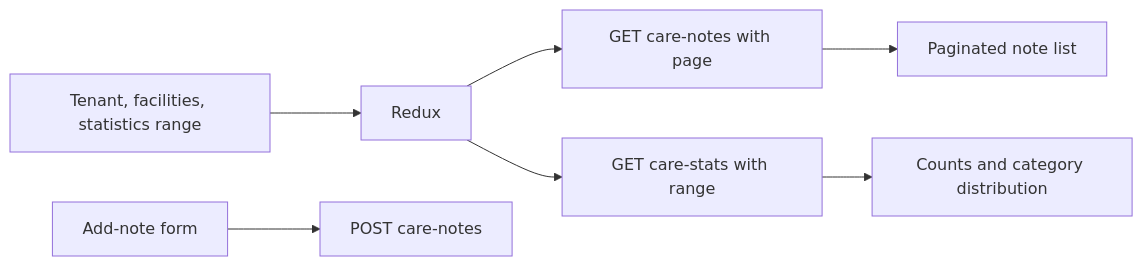
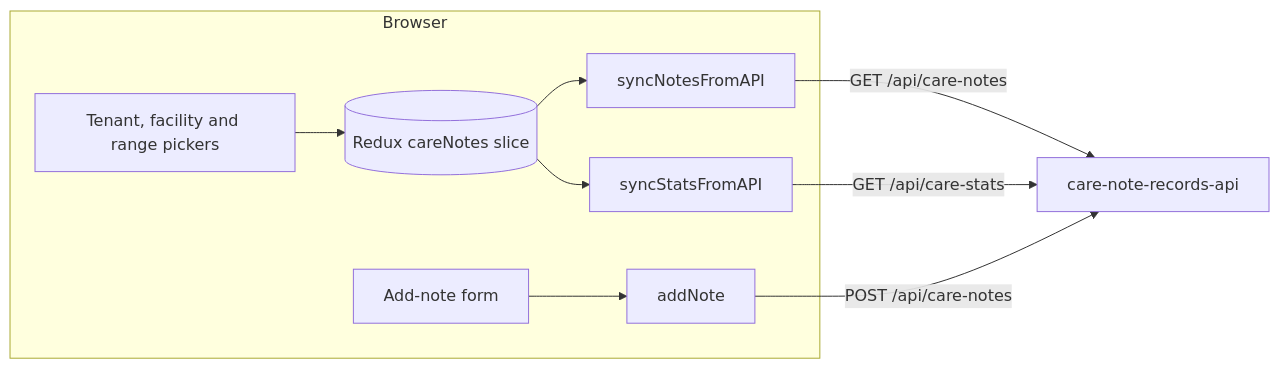
Before and after one commit to alirazawatoo/patient-care-notes-portal: the diagram in README.md, drawn with Mermaid. The commit also changed other lines of this file and 8 other files, not shown here.

````diff
--- a/README.md
+++ b/README.md
@@ -30,9 +62,12 @@
 ```mermaid
 flowchart LR
-  Filters[Tenant, facilities, statistics range] --> Redux
-  Redux --> Notes[GET care-notes with page]
-  Redux --> Stats[GET care-stats with range]
-  Notes --> List[Paginated note list]
-  Stats --> Cards[Counts and category distribution]
-  Form[Add-note form] --> Create[POST care-notes]
+  subgraph Browser
+    Filters[Tenant, facility and range pickers] --> Store[(Redux careNotes slice)]
+    Store --> NotesThunk[syncNotesFromAPI]
+    Store --> StatsThunk[syncStatsFromAPI]
+    Form[Add-note form] --> AddThunk[addNote]
+  end
+  NotesThunk -->|GET /api/care-notes| API[care-note-records-api]
+  StatsThunk -->|GET /api/care-stats| API
+  AddThunk -->|POST /api/care-notes| API
 ```
````
